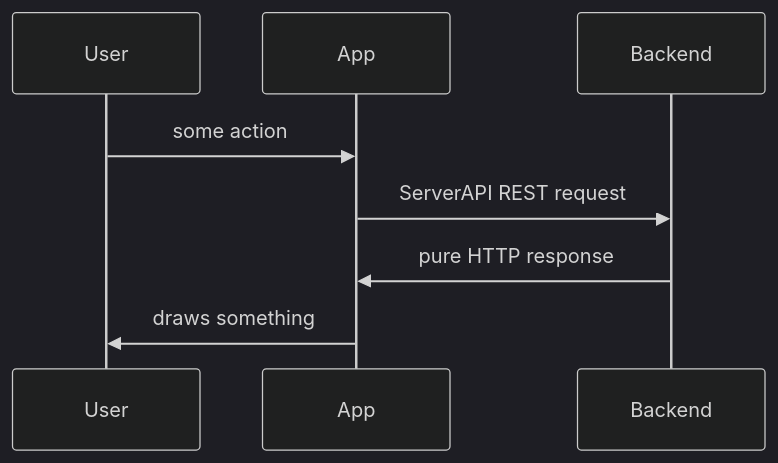
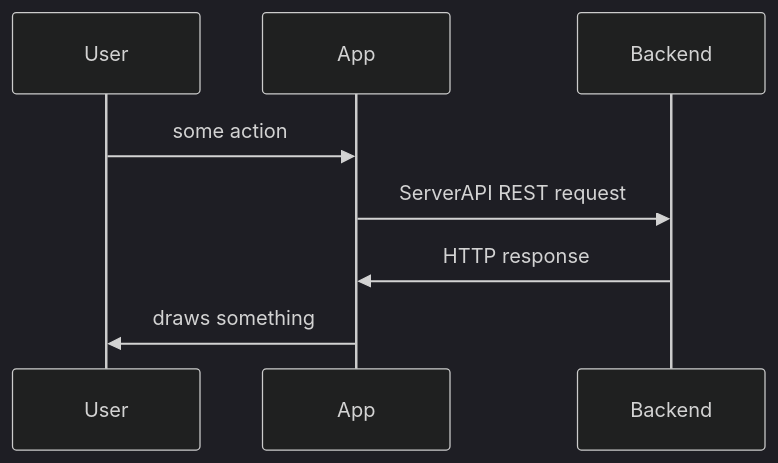
One commit to funduck/modular-notes changed the first of 7 diagrams in README.md. Above: the diagram before and after it, drawn with Mermaid (dark theme). The commit also changed other lines of this file and 8 other files, not shown here.

````diff
--- a/README.md
+++ b/README.md
@@ -22,7 +39,7 @@
 ```mermaid
 sequenceDiagram
     User    ->> App:        some action
     App     ->> Backend:    ServerAPI REST request
-    Backend ->> App:        pure HTTP response
+    Backend ->> App:        HTTP response
     App     ->> User:       draws something
 ```
````
